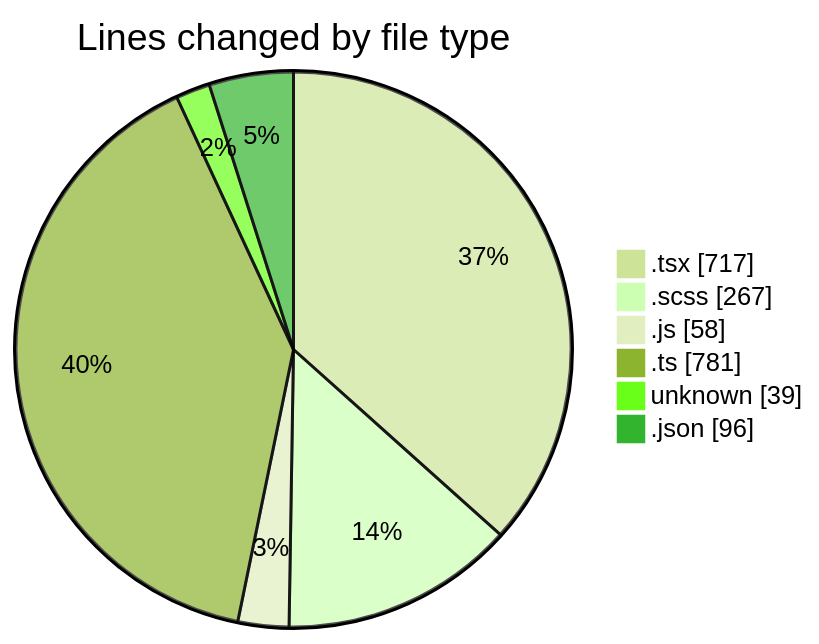
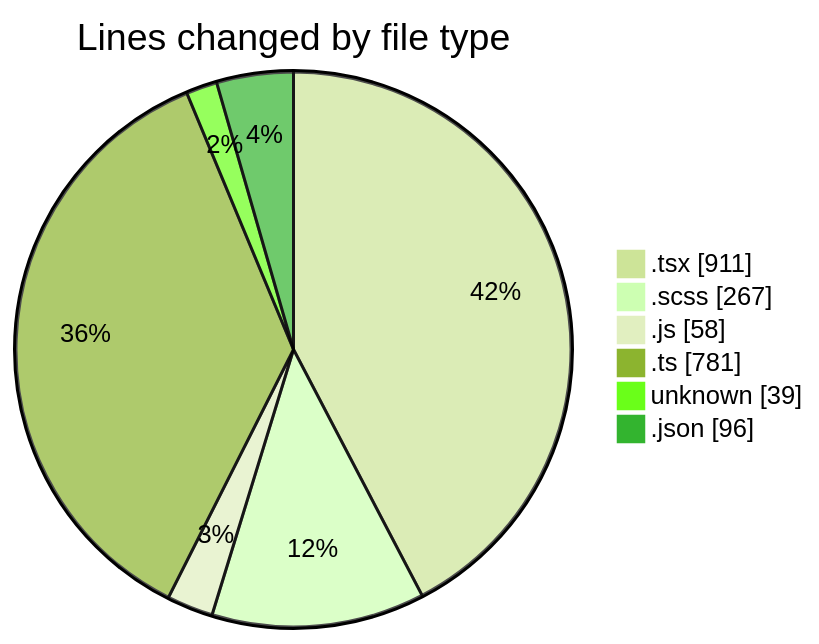
The first of 2 diagrams in 2025-05-02/cda/README.md (momahboobian/code-tracking), drawn with Mermaid (forest theme) before and after one commit. The commit also changed other lines of this file and 1 other file, not shown here.

````diff
--- a/2025-05-02/cda/README.md
+++ b/2025-05-02/cda/README.md
@@ -31,10 +32,10 @@
 ```mermaid
 pie showData
 title Lines changed by file type
-".tsx" : 717
+".tsx" : 911
 ".scss" : 267
 ".js" : 58
 ".ts" : 781
 "unknown" : 39
 ".json" : 96
 ```
````
